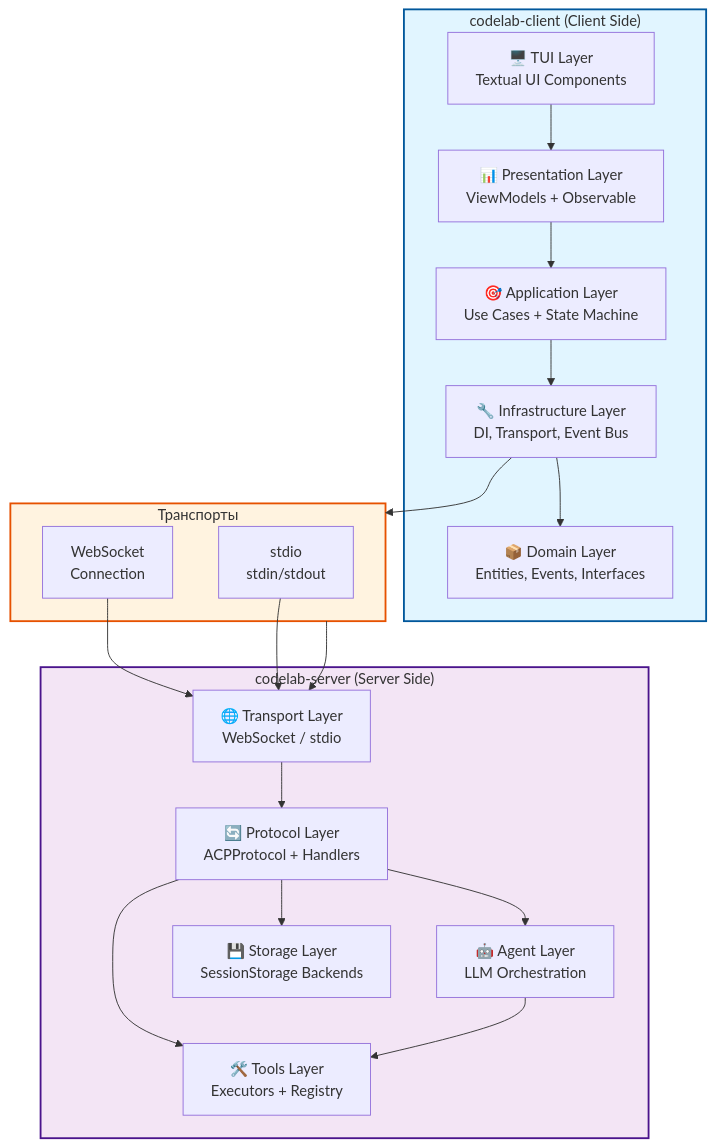
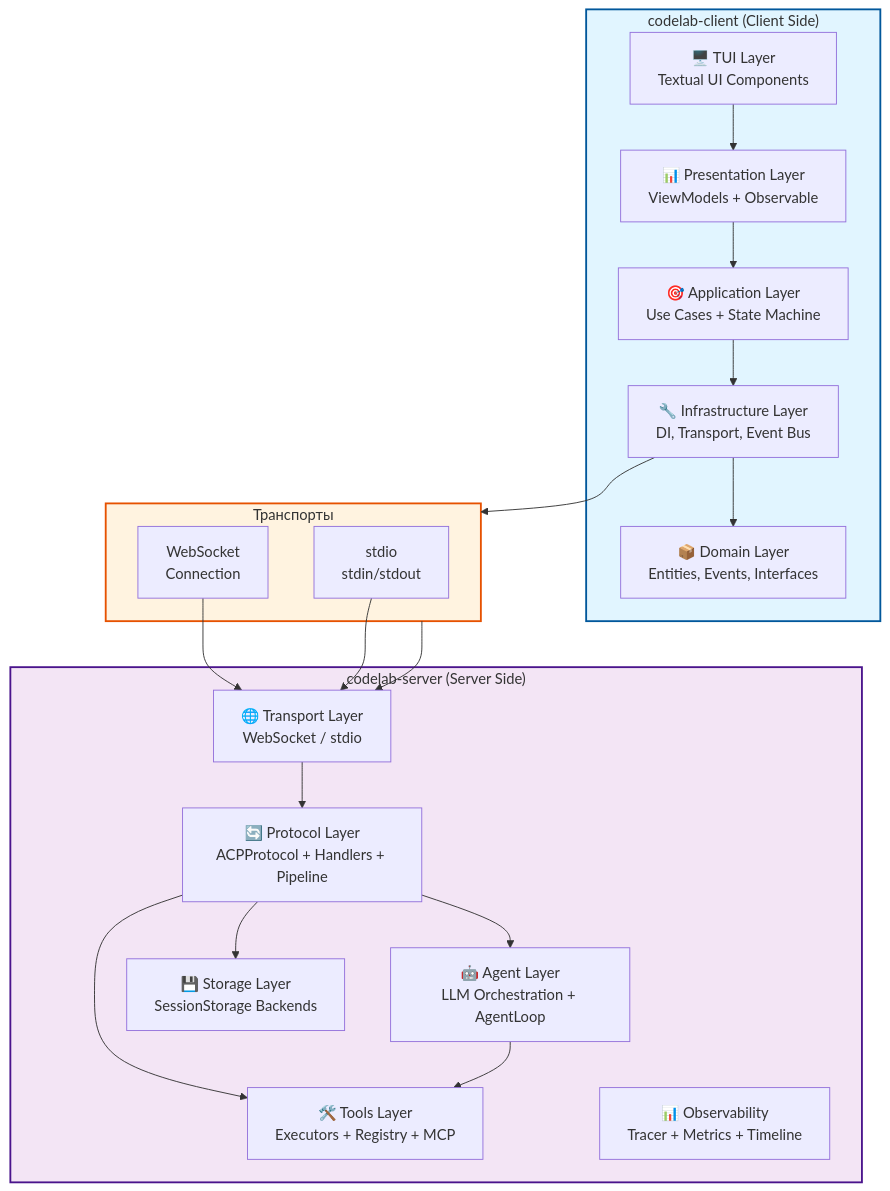
Before and after one commit to pese-git/codelab-agent: the first of 17 diagrams in ARCHITECTURE.md, drawn with Mermaid. The commit also changed other lines of this file and 9 other files, not shown here.

````diff
--- a/ARCHITECTURE.md
+++ b/ARCHITECTURE.md
@@ -31,42 +34,43 @@
 ```mermaid
 graph TB
     subgraph Client["codelab-client (Client Side)"]
         TUI["🖥️ TUI Layer<br/>Textual UI Components"]
         Presentation["📊 Presentation Layer<br/>ViewModels + Observable"]
         Application["🎯 Application Layer<br/>Use Cases + State Machine"]
         Infrastructure["🔧 Infrastructure Layer<br/>DI, Transport, Event Bus"]
         Domain["📦 Domain Layer<br/>Entities, Events, Interfaces"]
     end
     
     subgraph Server["codelab-server (Server Side)"]
         Transport["🌐 Transport Layer<br/>WebSocket / stdio"]
-        Protocol["🔄 Protocol Layer<br/>ACPProtocol + Handlers"]
-        Agent["🤖 Agent Layer<br/>LLM Orchestration"]
-        Tools["🛠️ Tools Layer<br/>Executors + Registry"]
+        Protocol["🔄 Protocol Layer<br/>ACPProtocol + Handlers + Pipeline"]
+        Agent["🤖 Agent Layer<br/>LLM Orchestration + AgentLoop"]
+        Tools["🛠️ Tools Layer<br/>Executors + Registry + MCP"]
         Storage["💾 Storage Layer<br/>SessionStorage Backends"]
+        Observability["📊 Observability<br/>Tracer + Metrics + Timeline"]
     end
     
     subgraph Transports["Транспорты"]
         WS["WebSocket<br/>Connection"]
         STDIO["stdio<br/>stdin/stdout"]
     end
     
     TUI --> Presentation
     Presentation --> Application
     Application --> Infrastructure
     Infrastructure --> Domain
     Infrastructure --> Transports
     
     Transports --> Transport
     WS --> Transport
     STDIO --> Transport
     Transport --> Protocol
     Protocol --> Agent
     Protocol --> Tools
     Protocol --> Storage
     Agent --> Tools
     
     style Client fill:#e1f5ff,stroke:#01579b,stroke-width:2px
     style Server fill:#f3e5f5,stroke:#4a148c,stroke-width:2px
     style Transports fill:#fff3e0,stroke:#e65100,stroke-width:2px
 ```
````
